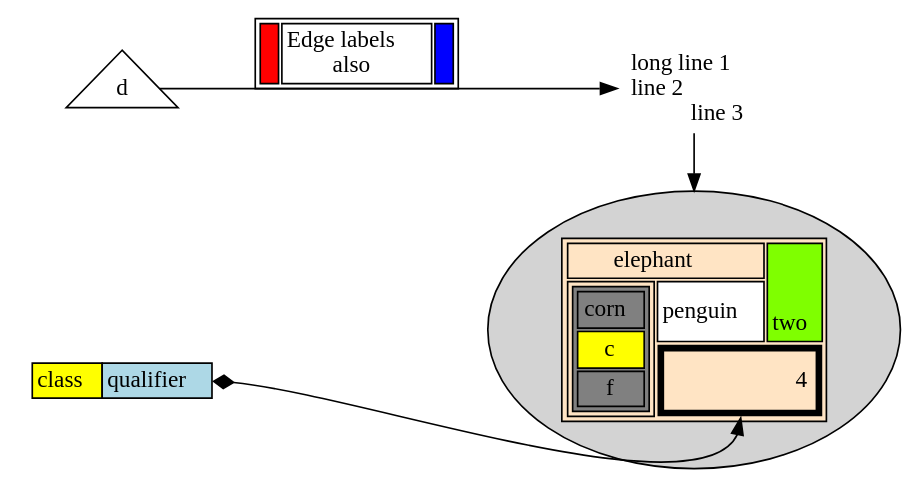
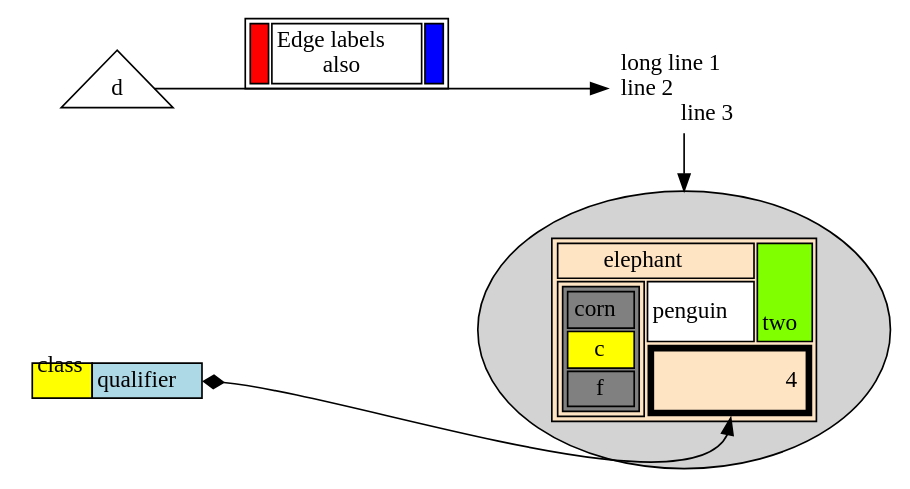
One commit to nadavrot/layout changed the diagram in inputs/html_complex.dot. Above: the diagram before and after it, drawn with Graphviz. The commit also changed 1 other file, not shown here.

```diff
--- a/inputs/html_complex.dot
+++ b/inputs/html_complex.dot
@@ -1,51 +1,51 @@
 digraph G {
   rankdir=LR
   node [shape=plaintext]
   a [
      label=<
 <TABLE BORDER="0" CELLBORDER="1" CELLSPACING="0">
-  <TR><TD ROWSPAN="3" BGCOLOR="yellow">class</TD></TR>
+  <TR><TD ROWSPAN="3" BGCOLOR="yellow"><SUP>class</SUP></TD></TR>
   <TR><TD PORT="here" BGCOLOR="lightblue">qualifier</TD></TR>
 </TABLE>>
   ]
   b [shape=ellipse style=filled
      label=<
 <TABLE BGCOLOR="bisque">
   <TR>
       <TD COLSPAN="3">elephant</TD> 
       <TD ROWSPAN="2" BGCOLOR="chartreuse" 
           VALIGN="bottom" ALIGN="right">two</TD>
   </TR>
   <TR>
     <TD COLSPAN="2" ROWSPAN="2">
       <TABLE BGCOLOR="grey">
         <TR><TD>corn</TD></TR> 
         <TR><TD BGCOLOR="yellow">c</TD></TR> 
         <TR><TD>f</TD></TR> 
       </TABLE>
     </TD>
     <TD BGCOLOR="white">penguin</TD> 
   </TR> 
   <TR>
     <TD COLSPAN="2" BORDER="4" ALIGN="right" PORT="there">4</TD>
   </TR>
 </TABLE>>
   ]
   c [ 
   label=<long line 1<BR/>line 2<BR ALIGN="LEFT"/>line 3<BR ALIGN="RIGHT"/>>
   ]
 
   subgraph { rank=same b c }
   a:here -> b:there [dir=both arrowtail=diamond]
   c -> b
   d [shape=triangle]
   d -> c [label=<
 <TABLE>
   <TR>
     <TD BGCOLOR="red" WIDTH="10"> </TD>
     <TD>Edge labels<BR/>also</TD>
     <TD BGCOLOR="blue" WIDTH="10"> </TD>
   </TR>
 </TABLE>>
   ]
 }
```
